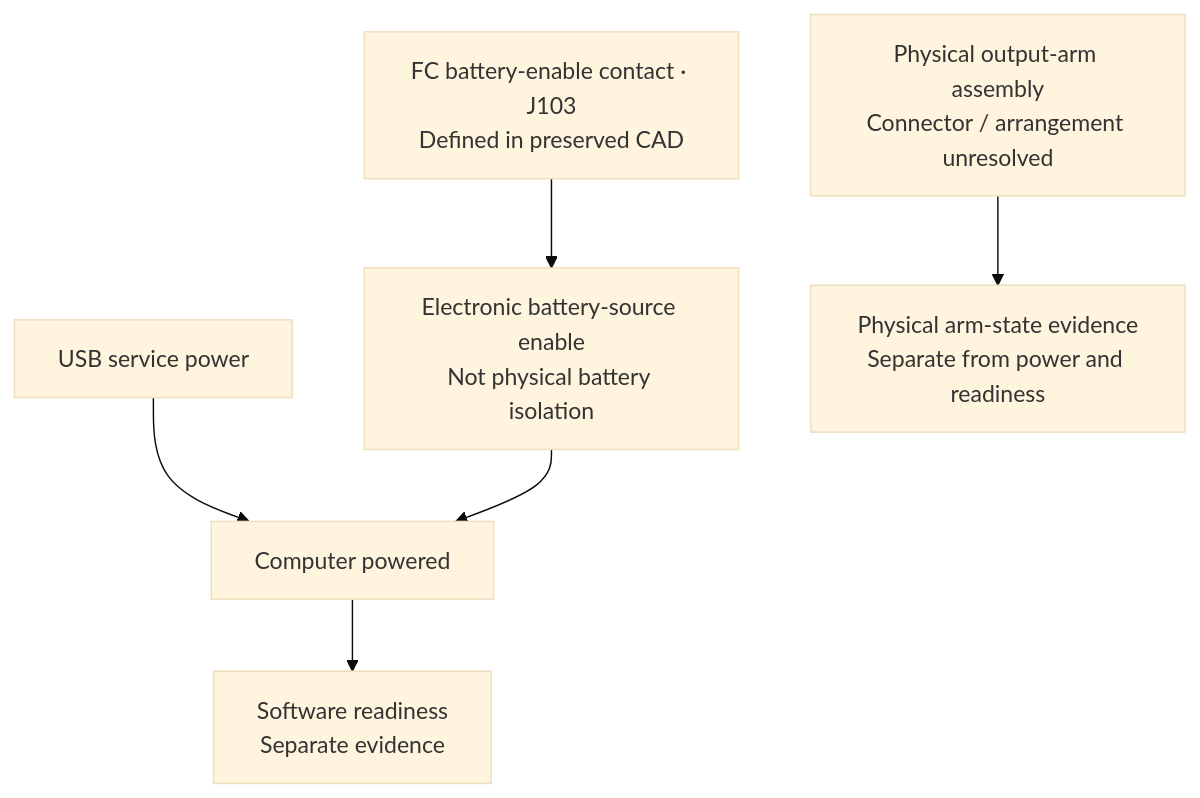
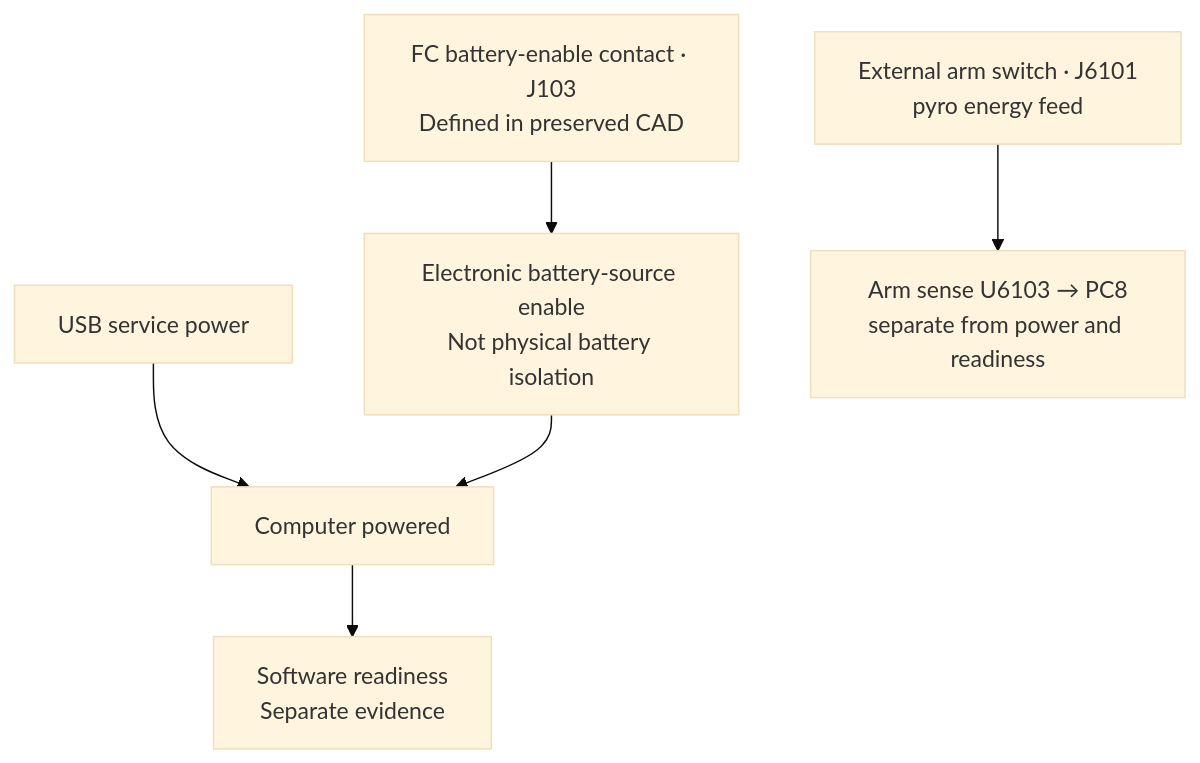
One commit to ULAS-HiPR/Ogma2 changed the diagram in docs/architecture/09-connectors-arming.md. Above: the diagram before and after it, drawn with Mermaid (base theme). The commit also changed other lines of this file and 25 other files, not shown here.

````diff
--- a/docs/architecture/09-connectors-arming.md
+++ b/docs/architecture/09-connectors-arming.md
@@ -54,8 +53,8 @@
 ```mermaid
 flowchart TB
   A["FC battery-enable contact · J103\nDefined in preserved CAD"] --> B["Electronic battery-source enable\nNot physical battery isolation"]
   U["USB service power"] --> C["Computer powered"]
   B --> C
   C --> D["Software readiness\nSeparate evidence"]
-  E["Physical output-arm assembly\nConnector / arrangement unresolved"] --> F["Physical arm-state evidence\nSeparate from power and readiness"]
+  E["External arm switch · J6101\npyro energy feed"] --> F["Arm sense U6103 → PC8\nseparate from power and readiness"]
 ```
````
